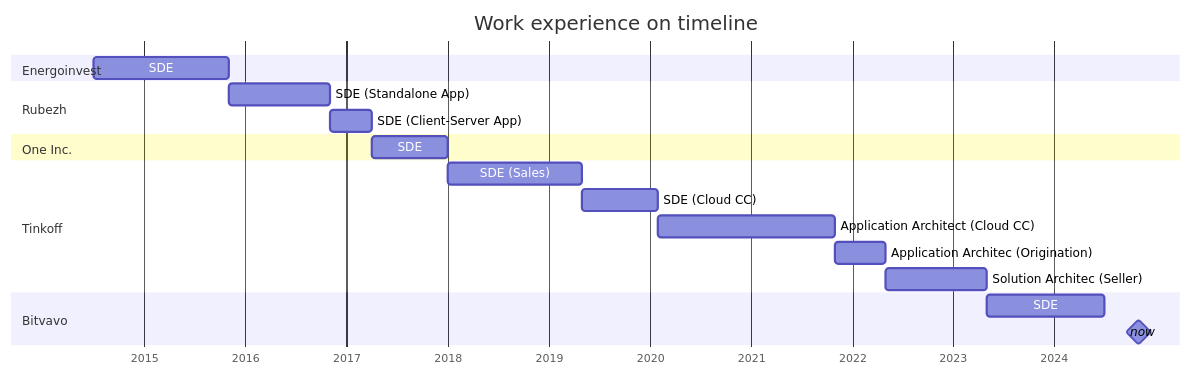
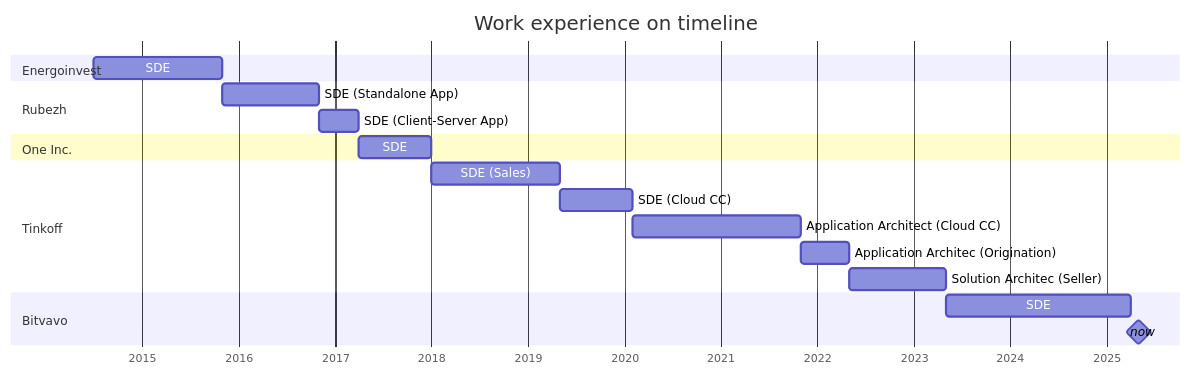
Before and after one commit to vladar107/vladar107: the diagram in cv.md, drawn with Mermaid. The commit also changed other lines of this file, not shown here.

````diff
--- a/cv.md
+++ b/cv.md
@@ -26,28 +26,28 @@
 ```mermaid
 gantt
     title Work experience on timeline
     dateFormat  YYYY-MM
     axisFormat  %Y
     todayMarker stroke-width:5px, opacity:0.75
     
     section Energoinvest
     SDE                                 :sd1, 2014-07, 2015-11
     
     section Rubezh
     SDE (Standalone App)                :sd2, after sd1, 2016-11
     SDE (Client-Server App)             :sd3, after sd2, 2017-04
     
     section One Inc.
     SDE                                 :sd4, after sd3, 2018-01
     
     section Tinkoff
     SDE (Sales)                         :sd5, after sd4, 2019-05
     SDE (Cloud CC)                      :sd6, after sd5, 2020-02
     Application Architect (Cloud CC)    :tl1, after sd6, 2021-11
     Application Architec (Origination)  :tl2, after tl1, 2022-05
     Solution Architec (Seller)          :tl3, after tl2, 2023-05
 
     section Bitvavo
-    SDE                                 :sd7, after tl3, 2024-07
-    now                                 :milestone, 2024-11, 1s
+    SDE                                 :sd7, after tl3, 2025-04
+    now                                 :milestone, 2025-05, 1s
 ```
````
